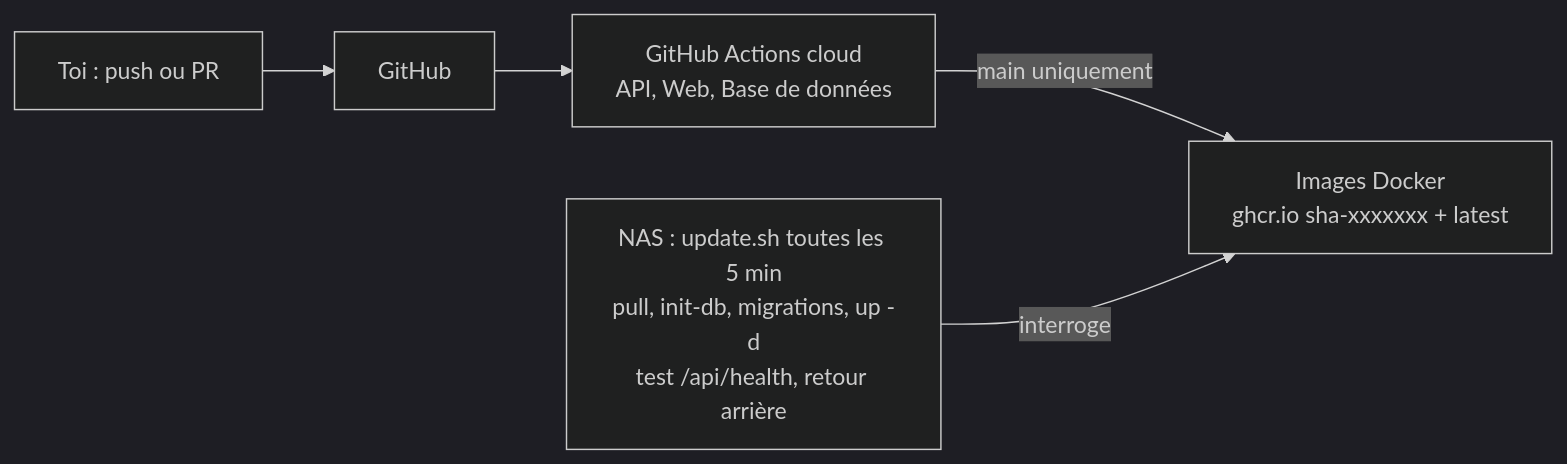
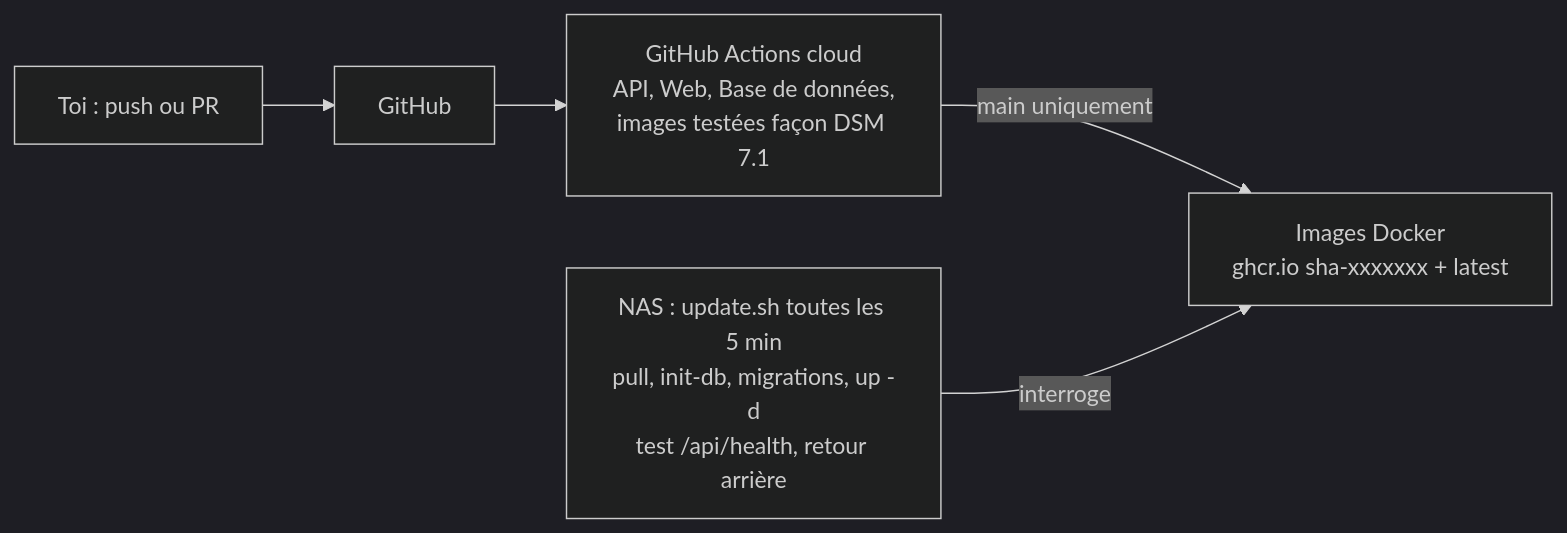
One commit to JeanLaurain/carnet-de-salle changed the second of 2 diagrams in docs/architecture.md. Above: the diagram before and after it, drawn with Mermaid (dark theme). The commit also changed other lines of this file and 14 other files, not shown here.

````diff
--- a/docs/architecture.md
+++ b/docs/architecture.md
@@ -39,7 +39,7 @@
 ```mermaid
 flowchart LR
     DEV[Toi : push ou PR] --> GH[GitHub]
-    GH --> CI[GitHub Actions cloud<br/>API, Web, Base de données]
+    GH --> CI[GitHub Actions cloud<br/>API, Web, Base de données,<br/>images testées façon DSM 7.1]
     CI -->|main uniquement| IMG[Images Docker<br/>ghcr.io sha-xxxxxxx + latest]
     NAS[NAS : update.sh toutes les 5 min<br/>pull, init-db, migrations, up -d<br/>test /api/health, retour arrière] -->|interroge| IMG
 ```
````
